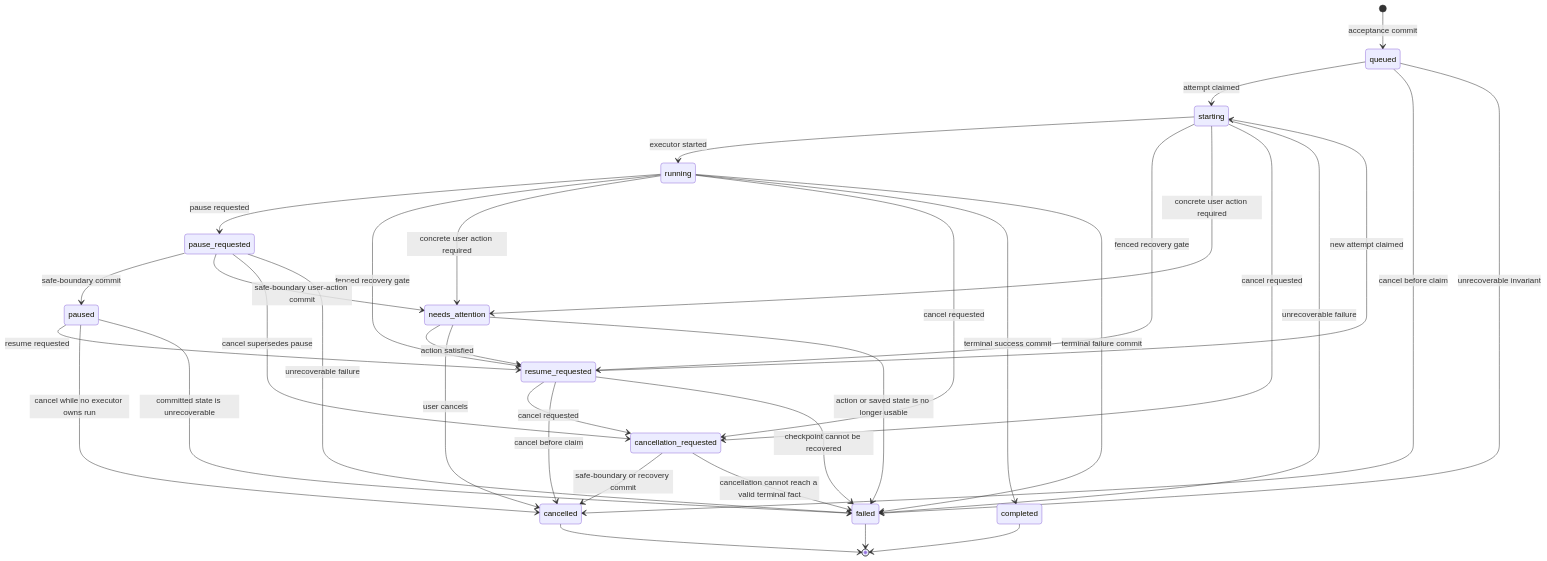
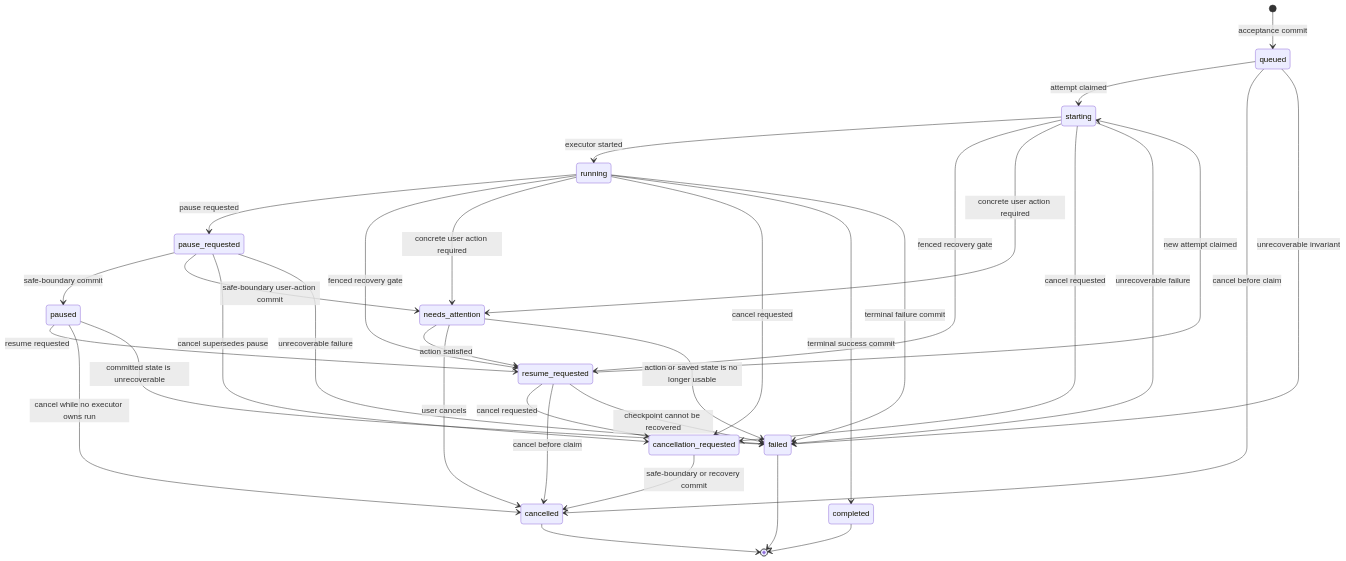
Before and after one commit to FrankQDWang/SeekTalent: the diagram in docs/plans/external-execution-plane-v1-task-semantics.md, drawn with Mermaid. The commit also changed other lines of this file, not shown here.

````diff
--- a/docs/plans/external-execution-plane-v1-task-semantics.md
+++ b/docs/plans/external-execution-plane-v1-task-semantics.md
@@ -195,45 +232,44 @@
 ```mermaid
 stateDiagram-v2
     [*] --> queued: acceptance commit
     queued --> starting: attempt claimed
     queued --> cancelled: cancel before claim
     queued --> failed: unrecoverable invariant
 
     starting --> running: executor started
     starting --> resume_requested: fenced recovery gate
     starting --> needs_attention: concrete user action required
     starting --> cancellation_requested: cancel requested
     starting --> failed: unrecoverable failure
 
     running --> pause_requested: pause requested
     running --> resume_requested: fenced recovery gate
     running --> needs_attention: concrete user action required
     running --> cancellation_requested: cancel requested
     running --> completed: terminal success commit
     running --> failed: terminal failure commit
 
     pause_requested --> paused: safe-boundary commit
     pause_requested --> needs_attention: safe-boundary user-action commit
     pause_requested --> cancellation_requested: cancel supersedes pause
     pause_requested --> failed: unrecoverable failure
 
     paused --> resume_requested: resume requested
     paused --> cancelled: cancel while no executor owns run
     paused --> failed: committed state is unrecoverable
 
     needs_attention --> resume_requested: action satisfied
     needs_attention --> cancelled: user cancels
     needs_attention --> failed: action or saved state is no longer usable
 
     resume_requested --> starting: new attempt claimed
     resume_requested --> cancellation_requested: cancel requested
     resume_requested --> cancelled: cancel before claim
     resume_requested --> failed: checkpoint cannot be recovered
 
     cancellation_requested --> cancelled: safe-boundary or recovery commit
-    cancellation_requested --> failed: cancellation cannot reach a valid terminal fact
 
     cancelled --> [*]
     completed --> [*]
     failed --> [*]
 ```
````
